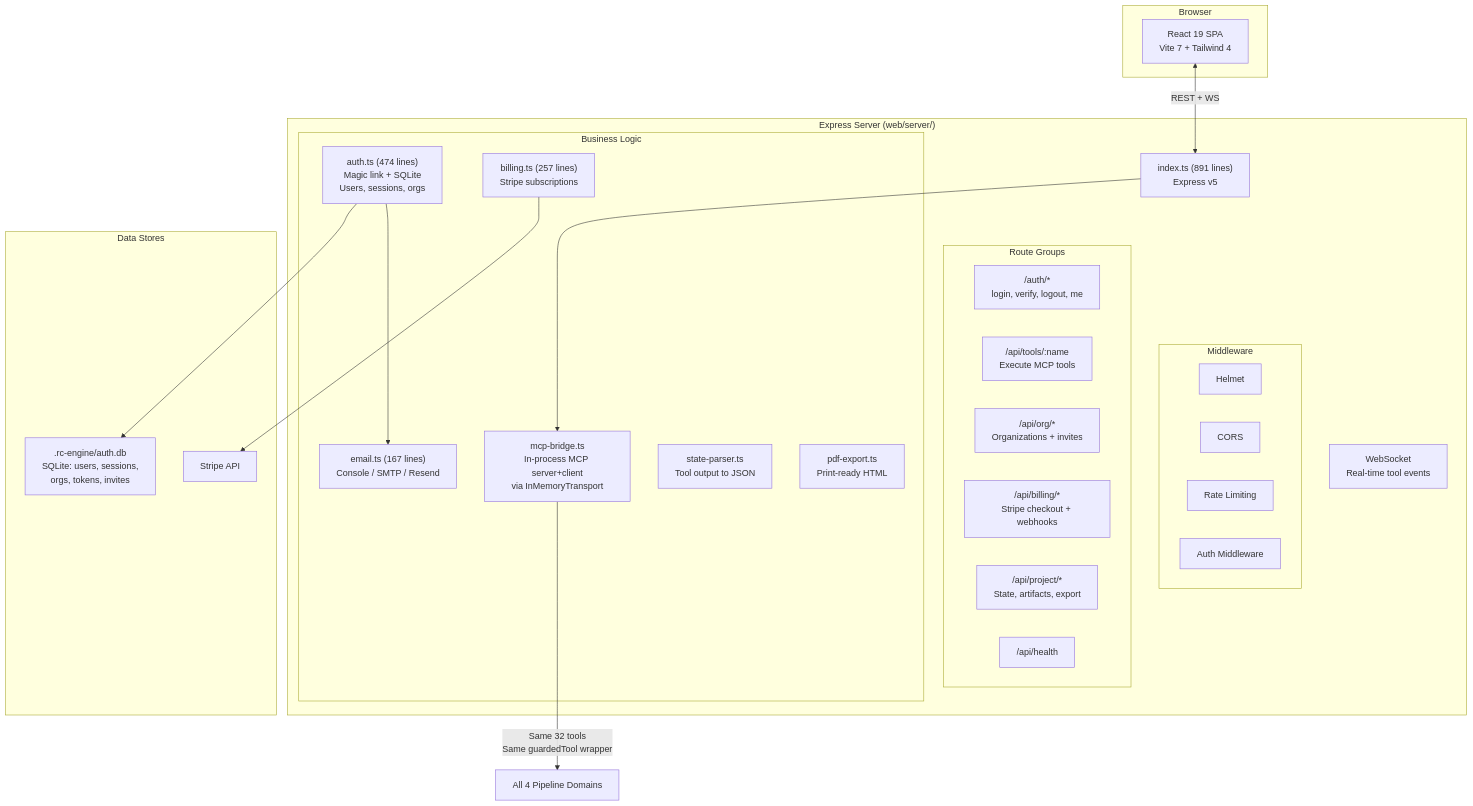
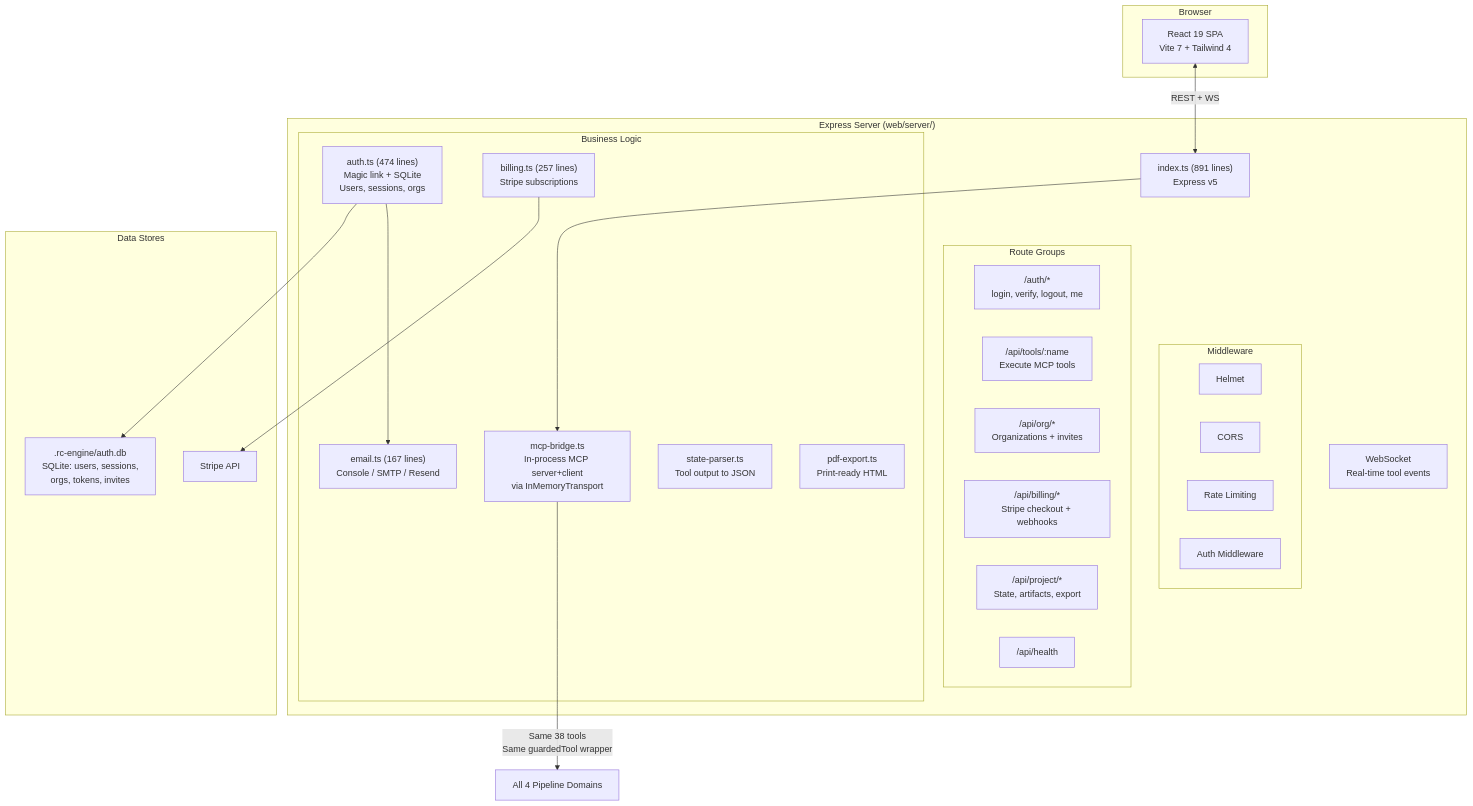
One commit to originalrashmi/rc-engine-product-framework changed diagram 11 of 19 in docs/ARCHITECTURE.md. Above: the diagram before and after it, drawn with Mermaid. The commit also changed other lines of this file and 3 other files, not shown here.

````diff
--- a/docs/ARCHITECTURE.md
+++ b/docs/ARCHITECTURE.md
@@ -568,49 +568,49 @@
 ```mermaid
 graph TD
     subgraph "Browser"
         SPA["React 19 SPA<br/>Vite 7 + Tailwind 4"]
     end
 
     subgraph "Express Server (web/server/)"
         SERVER["index.ts (891 lines)<br/>Express v5"]
 
         subgraph "Middleware"
             HELMET[Helmet]
             CORS_MW[CORS]
             RATE[Rate Limiting]
             AUTH_MW[Auth Middleware]
         end
 
         subgraph "Route Groups"
             AUTH_R["/auth/*<br/>login, verify, logout, me"]
             API_R["/api/tools/:name<br/>Execute MCP tools"]
             ORG_R["/api/org/*<br/>Organizations + invites"]
             BILL_R["/api/billing/*<br/>Stripe checkout + webhooks"]
             PROJ_R["/api/project/*<br/>State, artifacts, export"]
             HEALTH["/api/health"]
         end
 
         subgraph "Business Logic"
             MCP_BRIDGE["mcp-bridge.ts<br/>In-process MCP server+client<br/>via InMemoryTransport"]
             AUTH_SYS["auth.ts (474 lines)<br/>Magic link + SQLite<br/>Users, sessions, orgs"]
             BILLING["billing.ts (257 lines)<br/>Stripe subscriptions"]
             EMAIL["email.ts (167 lines)<br/>Console / SMTP / Resend"]
             STATE_P["state-parser.ts<br/>Tool output to JSON"]
             PDF["pdf-export.ts<br/>Print-ready HTML"]
         end
 
         WS["WebSocket<br/>Real-time tool events"]
     end
 
     subgraph "Data Stores"
         AUTH_DB[".rc-engine/auth.db<br/>SQLite: users, sessions,<br/>orgs, tokens, invites"]
         STRIPE_API["Stripe API"]
     end
 
     SPA <-->|REST + WS| SERVER
     SERVER --> MCP_BRIDGE
-    MCP_BRIDGE -->|"Same 32 tools<br/>Same guardedTool wrapper"| DOMAINS["All 4 Pipeline Domains"]
+    MCP_BRIDGE -->|"Same 38 tools<br/>Same guardedTool wrapper"| DOMAINS["All 4 Pipeline Domains"]
     AUTH_SYS --> AUTH_DB
     BILLING --> STRIPE_API
     AUTH_SYS --> EMAIL
 ```
````
